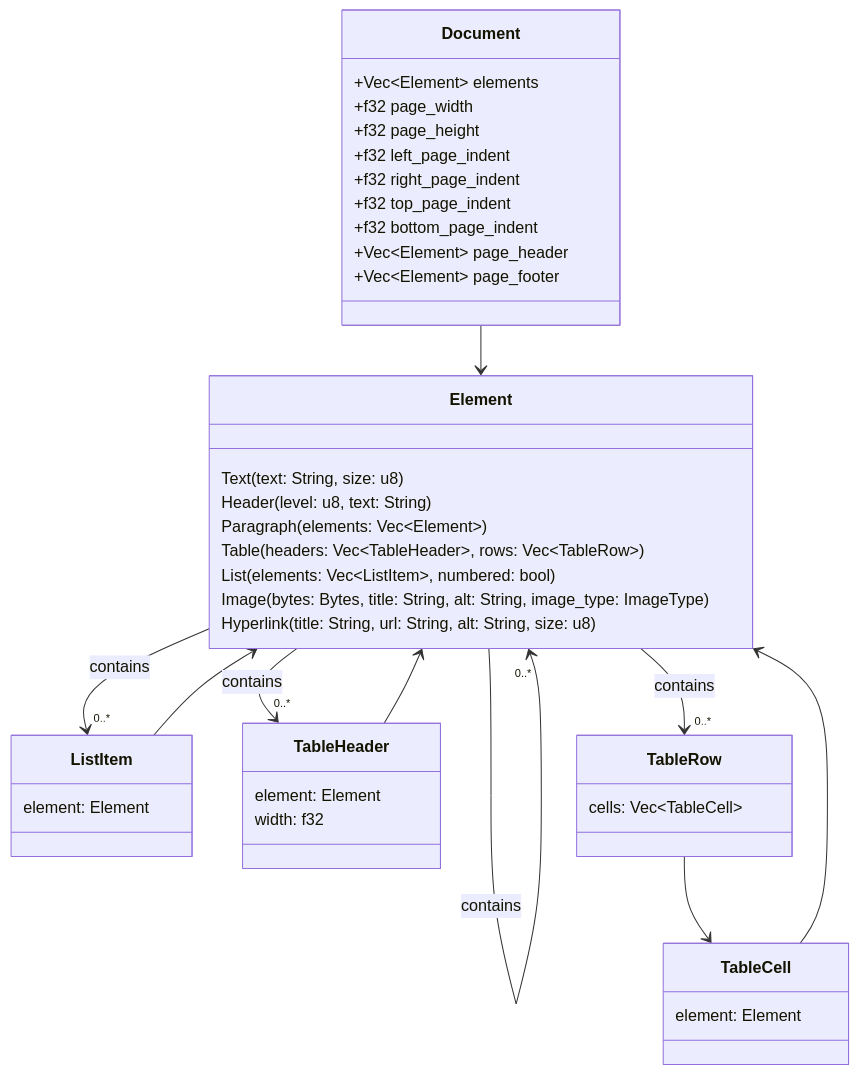
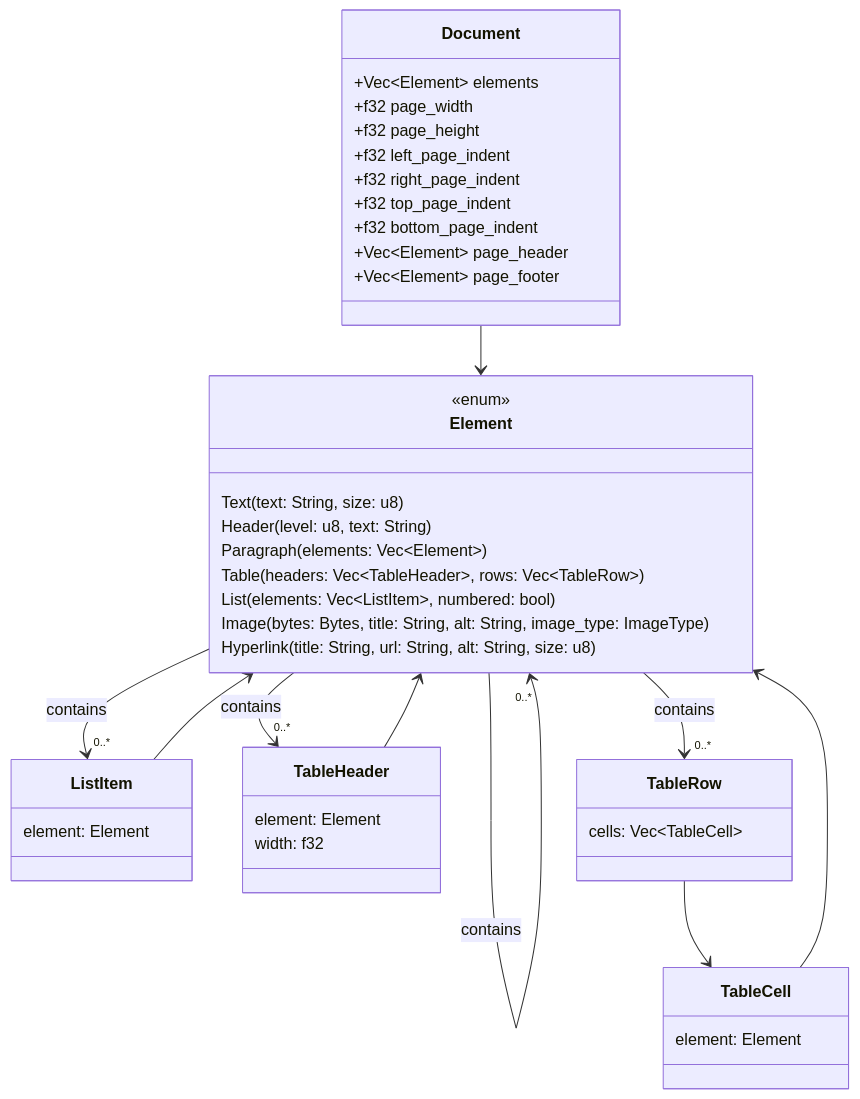
The diagram in CDM.md (igumnoff/shiva), drawn with Mermaid before and after one commit.

````diff
--- a/CDM.md
+++ b/CDM.md
@@ -3,52 +3,53 @@
 ```mermaid
 classDiagram
     class Document {
         +Vec~Element~ elements
         +f32 page_width
         +f32 page_height
         +f32 left_page_indent
         +f32 right_page_indent
         +f32 top_page_indent
         +f32 bottom_page_indent
         +Vec~Element~ page_header
         +Vec~Element~ page_footer
     }
     class Element {
+      <<enum>>
       Text(text: String, size: u8)
       Header(level: u8, text: String)
       Paragraph(elements: Vec~Element~)
       Table(headers: Vec~TableHeader~, rows: Vec~TableRow~)
       List(elements: Vec~ListItem~, numbered: bool)
       Image(bytes: Bytes, title: String, alt: String, image_type: ImageType)
       Hyperlink(title: String, url: String, alt: String, size: u8)
     }
     
     class ListItem {
       element: Element
     }
     
     class TableHeader {
       element: Element
       width: f32
     }
     
     class TableRow {
       cells: Vec~TableCell~
     }
     
     class TableCell {
       element: Element
     }
     
     
     ListItem --> Element
     TableHeader --> Element
     TableRow --> TableCell
     TableCell --> Element
     Element --> "0..*" Element : contains
     Element --> "0..*" TableHeader : contains
     Element --> "0..*" TableRow : contains
     Element --> "0..*" ListItem : contains
     Document --> Element
 
 ```
````
